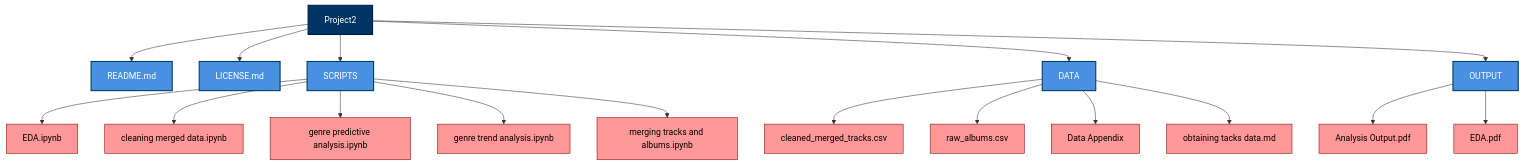
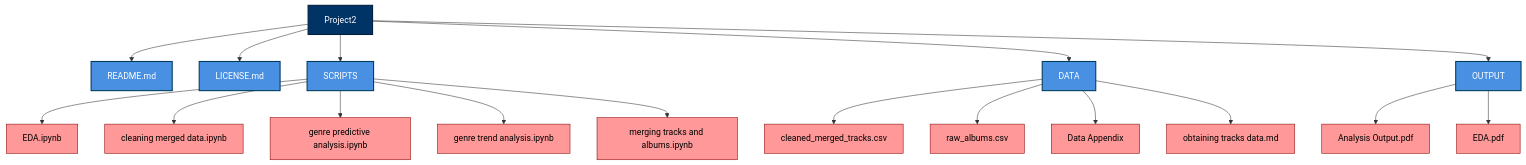
One commit to lilythomson13/Project2 changed the diagram in README.md. Above: the diagram before and after it, drawn with Mermaid.

````diff
--- a/README.md
+++ b/README.md
@@ -24,60 +24,60 @@
 ```mermaid
 graph TB
   A[Project2]
   A1[README.md]
   A2[LICENSE.md]
   B[SCRIPTS]
   B1[EDA.ipynb]
   B2[cleaning merged data.ipynb]
   B3[genre predictive analysis.ipynb]
   B4[genre trend analysis.ipynb]
   B5[merging tracks and albums.ipynb]
   C[DATA]
   C1[cleaned_merged_tracks.csv]
   C2[raw_albums.csv]
-  C4[obtaining tacks data.md]
+  C4[obtaining tracks data.md]
   C3[Data Appendix]
   D[OUTPUT]
   D1[Analysis Output.pdf]
   D2[EDA.pdf]
 
   A --> A1
   A --> A2
   A --> B
   B --> B1
   B --> B2
   B --> B3
   B --> B4
   B --> B5
   A --> C
   C --> C1
   C --> C2
   C --> C3
   C --> C4
   A --> D
   D --> D1
   D --> D2
 
   %% Styling for main project folder (Dark Blue)
   style A fill:#003366,stroke:#001f3f,stroke-width:2px,color:white;
 
   %% Styling for main categories (Light Blue)
   style A1 fill:#4a90e2,stroke:#003d5b,stroke-width:2px,color:white;
   style A2 fill:#4a90e2,stroke:#003d5b,stroke-width:2px,color:white;
   style B fill:#4a90e2,stroke:#003d5b,stroke-width:2px,color:white;
   style C fill:#4a90e2,stroke:#003d5b,stroke-width:2px,color:white;
   style D fill:#4a90e2,stroke:#003d5b,stroke-width:2px,color:white;
 
   %% Styling for subsets (Light Red)
   style B1 fill:#ff9999,stroke:#8b0000,stroke-width:1px,color:black;
   style B2 fill:#ff9999,stroke:#8b0000,stroke-width:1px,color:black;
   style B3 fill:#ff9999,stroke:#8b0000,stroke-width:1px,color:black;
   style B4 fill:#ff9999,stroke:#8b0000,stroke-width:1px,color:black;
   style B5 fill:#ff9999,stroke:#8b0000,stroke-width:1px,color:black;
   style C1 fill:#ff9999,stroke:#8b0000,stroke-width:1px,color:black;
   style C2 fill:#ff9999,stroke:#8b0000,stroke-width:1px,color:black;
   style C3 fill:#ff9999,stroke:#8b0000,stroke-width:1px,color:black;
   style C4 fill:#ff9999,stroke:#8b0000,stroke-width:1px,color:black;
   style D1 fill:#ff9999,stroke:#8b0000,stroke-width:1px,color:black;
   style D2 fill:#ff9999,stroke:#8b0000,stroke-width:1px,color:black;
 ```
````
